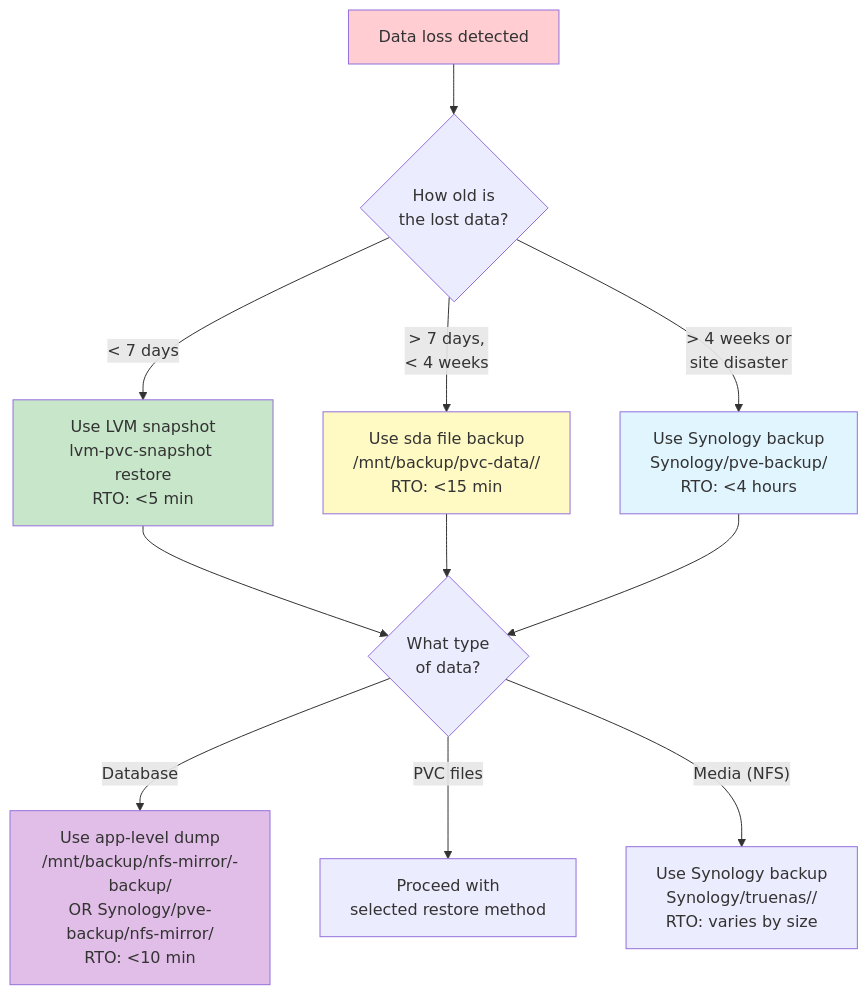
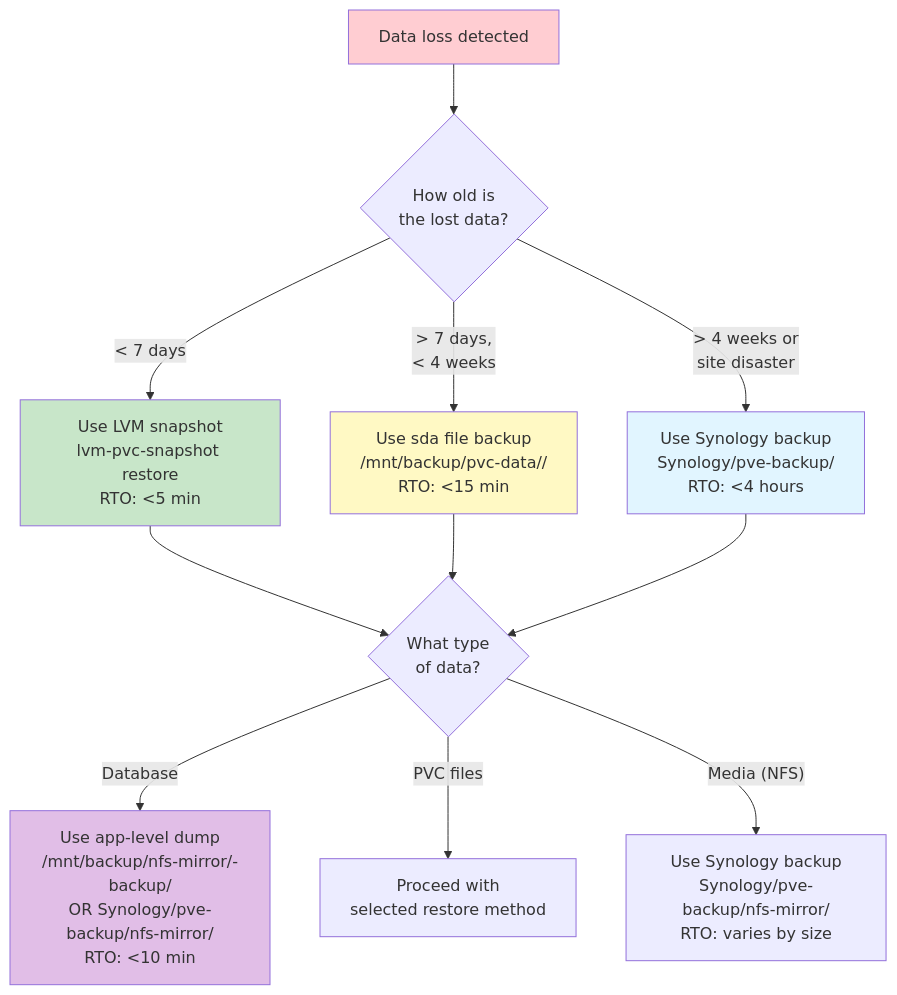
The fourth of 5 diagrams in docs/architecture/backup-dr.md (ViktorBarzin/infra), drawn with Mermaid before and after one commit. The commit also changed other lines of this file and 19 other files, not shown here.

````diff
--- a/docs/architecture/backup-dr.md
+++ b/docs/architecture/backup-dr.md
@@ -144,26 +132,26 @@
 ```mermaid
 graph TB
     Start["Data loss detected"]
     Age{"How old is<br/>the lost data?"}
     Type{"What type<br/>of data?"}
 
     Start --> Age
 
     Age -->|"< 7 days"| LVM["Use LVM snapshot<br/>lvm-pvc-snapshot restore<br/>RTO: <5 min"]
     Age -->|"> 7 days,<br/>< 4 weeks"| FileBackup["Use sda file backup<br/>/mnt/backup/pvc-data/<week>/<br/>RTO: <15 min"]
     Age -->|"> 4 weeks or<br/>site disaster"| Offsite["Use Synology backup<br/>Synology/pve-backup/<br/>RTO: <4 hours"]
 
     LVM --> Type
     FileBackup --> Type
     Offsite --> Type
 
     Type -->|"Database"| AppBackup["Use app-level dump<br/>/mnt/backup/nfs-mirror/<service>-backup/<br/>OR Synology/pve-backup/nfs-mirror/<br/>RTO: <10 min"]
     Type -->|"PVC files"| Proceed["Proceed with<br/>selected restore method"]
-    Type -->|"Media (NFS)"| CloudSync["Use Synology backup<br/>Synology/truenas/<service>/<br/>RTO: varies by size"]
+    Type -->|"Media (NFS)"| OffsiteMedia["Use Synology backup<br/>Synology/pve-backup/nfs-mirror/<br/>RTO: varies by size"]
 
     style Start fill:#ffcdd2
     style LVM fill:#c8e6c9
     style FileBackup fill:#fff9c4
     style Offsite fill:#e1f5ff
     style AppBackup fill:#e1bee7
 ```
````
